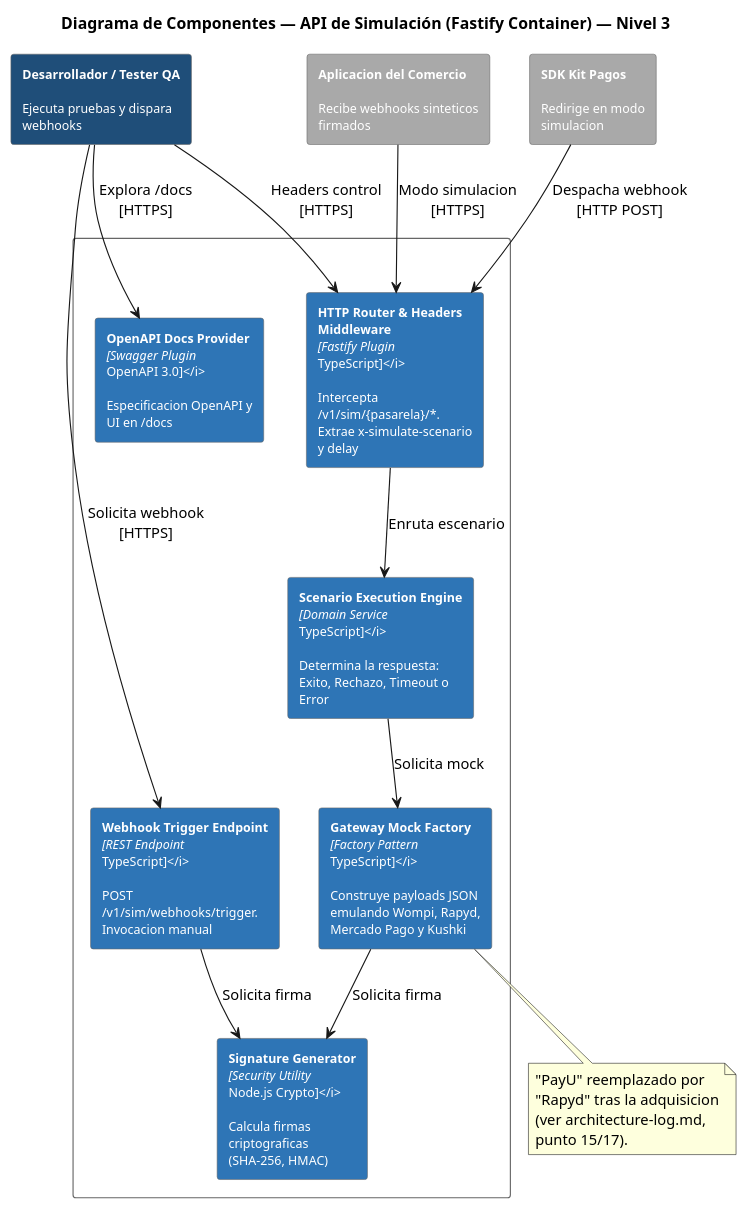
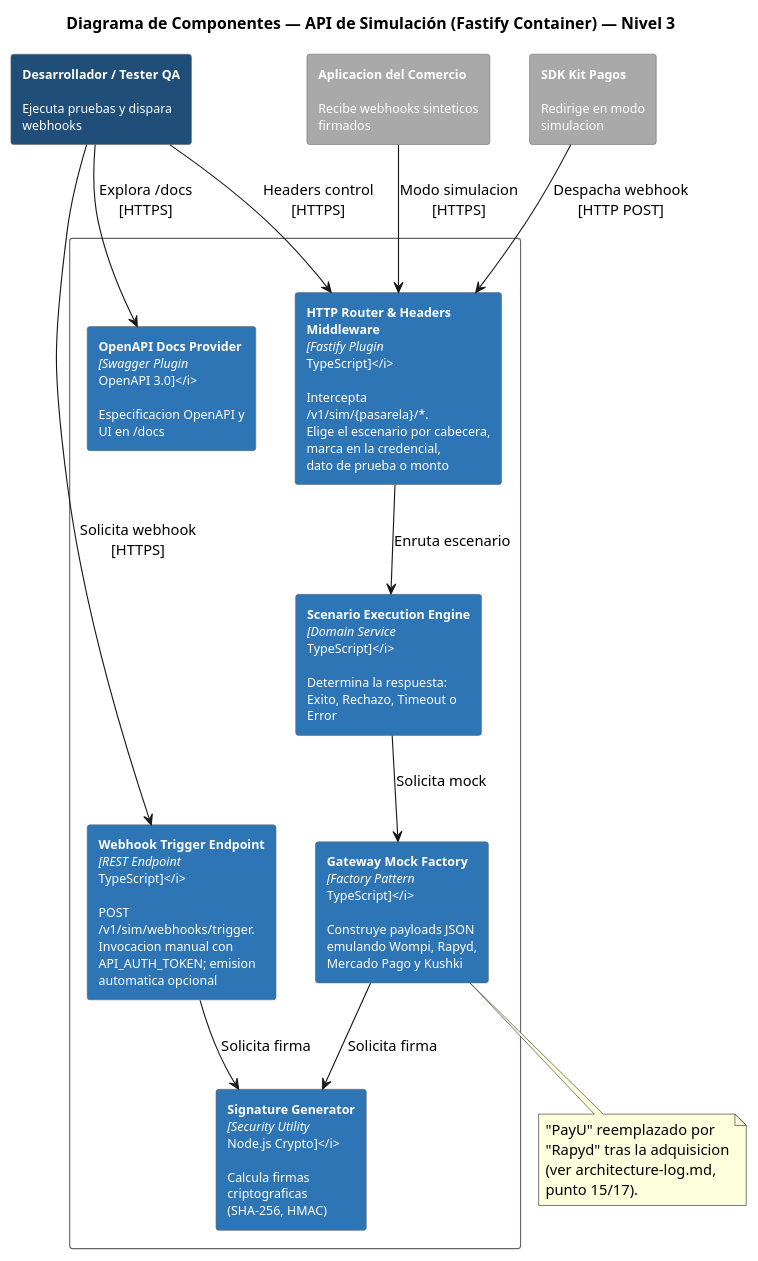
One commit to PurosBrothers/Kit-Pagos-Colombia---Tesis changed the diagram in docs/architecture/Simulador API/diagrams-source/component-diagram.puml. Above: the diagram before and after it, drawn with PlantUML. The commit also changed 15 other files, not shown here.

Commit message:
docs(docs): document the scenario convention and webhooks, record points 83 and 84 and the 6-7 Oct measurements

```diff
--- a/docs/architecture/Simulador API/diagrams-source/component-diagram.puml
+++ b/docs/architecture/Simulador API/diagrams-source/component-diagram.puml
@@ -1,41 +1,41 @@
 @startuml Component Diagram - Simulador API
 title Diagrama de Componentes — API de Simulación (Fastify Container) — Nivel 3
 skinparam backgroundColor white
 skinparam rectangleFontSize 11
 skinparam wrapWidth 190
 skinparam rectangle {
   BorderColor #666666
   ArrowColor #666666
   FontColor white
 }
 
 rectangle "**Desarrollador / Tester QA**\n\nEjecuta pruebas y dispara\nwebhooks" as Dev #1F4E79
 rectangle "**Aplicacion del Comercio**\n\nRecibe webhooks sinteticos\nfirmados" as Comercio #A9A9A9
 rectangle "**SDK Kit Pagos**\n\nRedirige en modo\nsimulacion" as SDK #A9A9A9
 
 rectangle "API de Simulacion (Fastify / Node.js 18+)\n[container]" as System #FFFFFF {
-  rectangle "**HTTP Router & Headers Middleware**\n<i>[Fastify Plugin\nTypeScript]</i>\n\nIntercepta\n/v1/sim/{pasarela}/*.\nExtrae x-simulate-scenario\ny delay" as Router #2E75B6
-  rectangle "**Webhook Trigger Endpoint**\n<i>[REST Endpoint\nTypeScript]</i>\n\nPOST\n/v1/sim/webhooks/trigger.\nInvocacion manual" as WebhookEndpoint #2E75B6
+  rectangle "**HTTP Router & Headers Middleware**\n<i>[Fastify Plugin\nTypeScript]</i>\n\nIntercepta\n/v1/sim/{pasarela}/*.\nElige el escenario por cabecera,\nmarca en la credencial,\ndato de prueba o monto" as Router #2E75B6
+  rectangle "**Webhook Trigger Endpoint**\n<i>[REST Endpoint\nTypeScript]</i>\n\nPOST\n/v1/sim/webhooks/trigger.\nInvocacion manual con\nAPI_AUTH_TOKEN; emision\nautomatica opcional" as WebhookEndpoint #2E75B6
   rectangle "**OpenAPI Docs Provider**\n<i>[Swagger Plugin\nOpenAPI 3.0]</i>\n\nEspecificacion OpenAPI y\nUI en /docs" as OpenAPI #2E75B6
   rectangle "**Gateway Mock Factory**\n<i>[Factory Pattern\nTypeScript]</i>\n\nConstruye payloads JSON\nemulando Wompi, Rapyd,\nMercado Pago y Kushki" as MockFactory #2E75B6
   rectangle "**Scenario Execution Engine**\n<i>[Domain Service\nTypeScript]</i>\n\nDetermina la respuesta:\nExito, Rechazo, Timeout o\nError" as ScenarioEngine #2E75B6
   rectangle "**Signature Generator**\n<i>[Security Utility\nNode.js Crypto]</i>\n\nCalcula firmas\ncriptograficas\n(SHA-256, HMAC)" as SignatureGen #2E75B6
 }
 
 Comercio --> Router : Modo simulacion\n[HTTPS]
 SDK --> Router : Despacha webhook\n[HTTP POST]
 Dev --> Router : Headers control\n[HTTPS]
 Dev --> WebhookEndpoint : Solicita webhook\n[HTTPS]
 Dev --> OpenAPI : Explora /docs\n[HTTPS]
 
 Router --> ScenarioEngine : Enruta escenario
 ScenarioEngine --> MockFactory : Solicita mock
 MockFactory --> SignatureGen : Solicita firma
 WebhookEndpoint --> SignatureGen : Solicita firma
 
 note bottom of MockFactory
   "PayU" reemplazado por "Rapyd" tras la adquisicion
   (ver architecture-log.md, punto 15/17).
 end note
 
 @enduml
```
